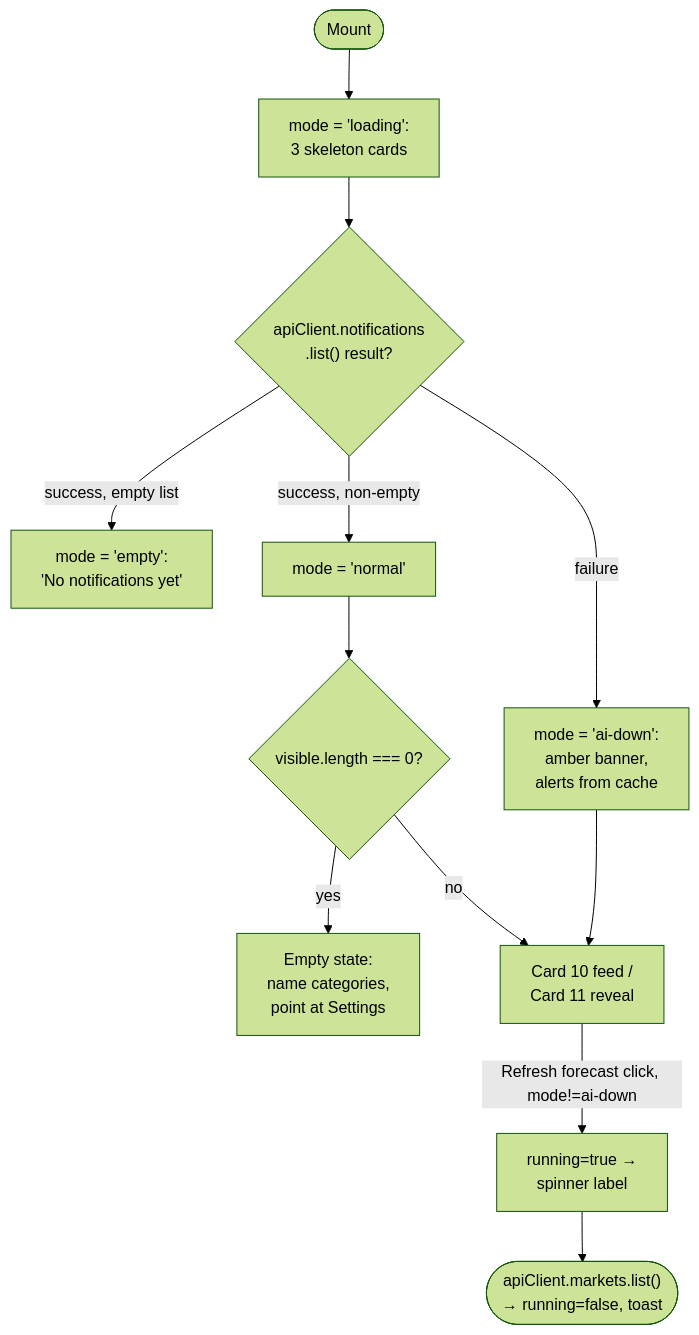
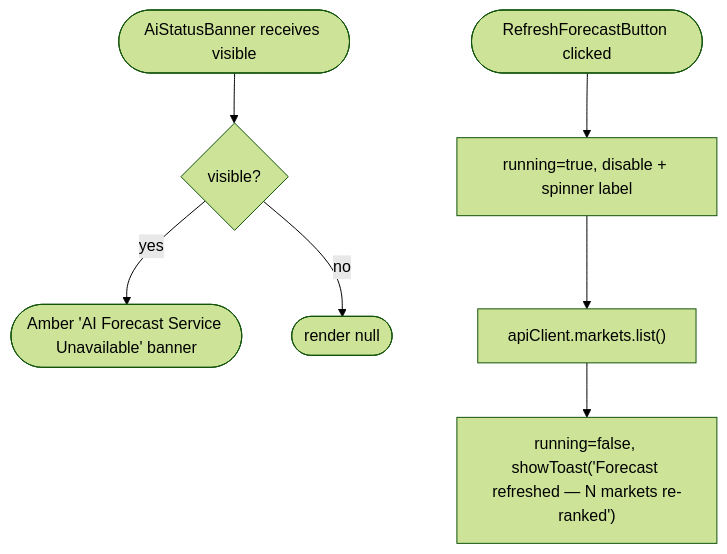
One commit to SherieHub/CeView changed the diagram in docs/superpowers/plans/2026-08-10-ui-ux-overhaul-frontend/diagrams/cards/module-2/states-refresh-forecast.mmd. Above: the diagram before and after it, drawn with Mermaid (forest theme). The commit also changed 21 other files, not shown here.

```diff
--- a/docs/superpowers/plans/2026-08-10-ui-ux-overhaul-frontend/diagrams/cards/module-2/states-refresh-forecast.mmd
+++ b/docs/superpowers/plans/2026-08-10-ui-ux-overhaul-frontend/diagrams/cards/module-2/states-refresh-forecast.mmd
@@ -1,12 +1,8 @@
 flowchart TD
-  Mount(["Mount"]) --> Loading["mode = 'loading':\n3 skeleton cards"]
-  Loading --> FetchResult{"apiClient.notifications\n.list() result?"}
-  FetchResult -->|success, empty list| Empty["mode = 'empty':\n'No notifications yet'"]
-  FetchResult -->|success, non-empty| Normal["mode = 'normal'"]
-  FetchResult -->|failure| AiDown["mode = 'ai-down':\namber banner,\nalerts from cache"]
-  Normal --> VisibleCheck{"visible.length === 0?"}
-  VisibleCheck -->|yes| NoAlerts["Empty state:\nname categories,\npoint at Settings"]
-  VisibleCheck -->|no| FeedOrReveal["Card 10 feed /\nCard 11 reveal"]
-  AiDown --> FeedOrReveal
-  FeedOrReveal -->|"Refresh forecast" click, mode!=ai-down| Refresh["running=true →\nspinner label"]
-  Refresh --> Refreshed(["apiClient.markets.list()\n→ running=false, toast"])
+  Banner(["AiStatusBanner receives visible"]) --> BCheck{"visible?"}
+  BCheck -->|yes| BShow(["Amber 'AI Forecast Service Unavailable' banner"])
+  BCheck -->|no| BHide(["render null"])
+
+  Btn(["RefreshForecastButton clicked"]) --> Run["running=true, disable + spinner label"]
+  Run --> Call["apiClient.markets.list()"]
+  Call --> Done["running=false, showToast('Forecast refreshed — N markets re-ranked')"]
```
